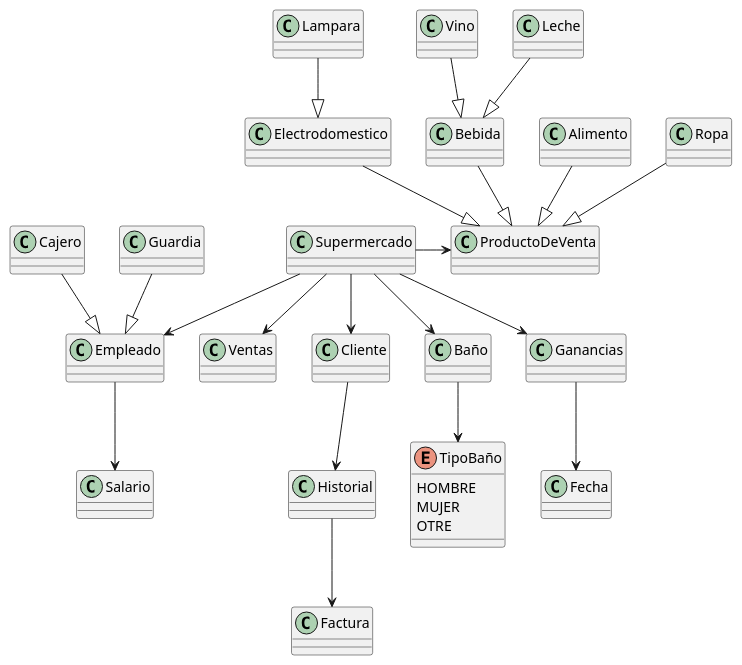
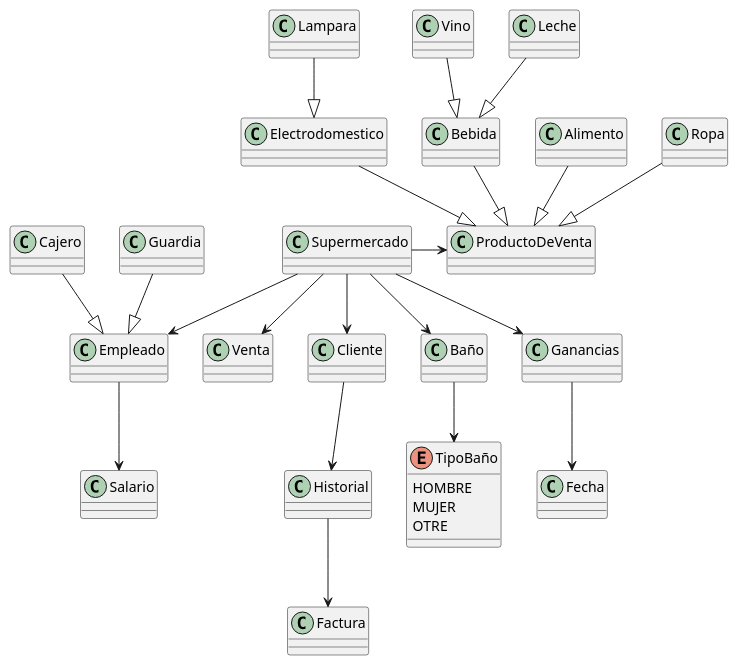
Before and after one commit to FernandoHuilca/EPN-FernandoHuilca: the diagram in Segundo Semestre/Practicas Personales/Practica_Herencia/src/Diagramas.puml, drawn with PlantUML. The commit also changed 11 other files, not shown here.

```diff
--- a/Segundo Semestre/Practicas Personales/Practica_Herencia/src/Diagramas.puml
+++ b/Segundo Semestre/Practicas Personales/Practica_Herencia/src/Diagramas.puml
@@ -1,40 +1,40 @@
 @startuml
 'https://plantuml.com/class-diagram
 
 class Supermercado {
 }
 
 Lampara --|> Electrodomestico
 Electrodomestico --|> ProductoDeVenta
 Bebida --|> ProductoDeVenta
 Alimento --|> ProductoDeVenta
 Ropa --|> ProductoDeVenta
 Vino --|> Bebida
 Leche --|> Bebida
 
 
 Supermercado -> ProductoDeVenta
 Supermercado --> Empleado
-Supermercado --> Ventas
+Supermercado --> Venta
 Cajero --|> Empleado
 Guardia --|> Empleado
 Supermercado --> Cliente
 Supermercado --> Baño
 Baño --> TipoBaño
 Supermercado --> Ganancias
 Ganancias --> Fecha
 Cliente --> Historial
 Historial --> Factura
 Empleado --> Salario
 
 class Ganancias {
 
 }
 
 enum TipoBaño {
     HOMBRE
     MUJER
     OTRE
 }
 
 @enduml
```
